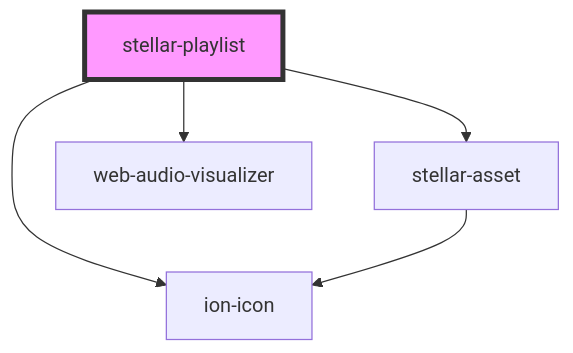
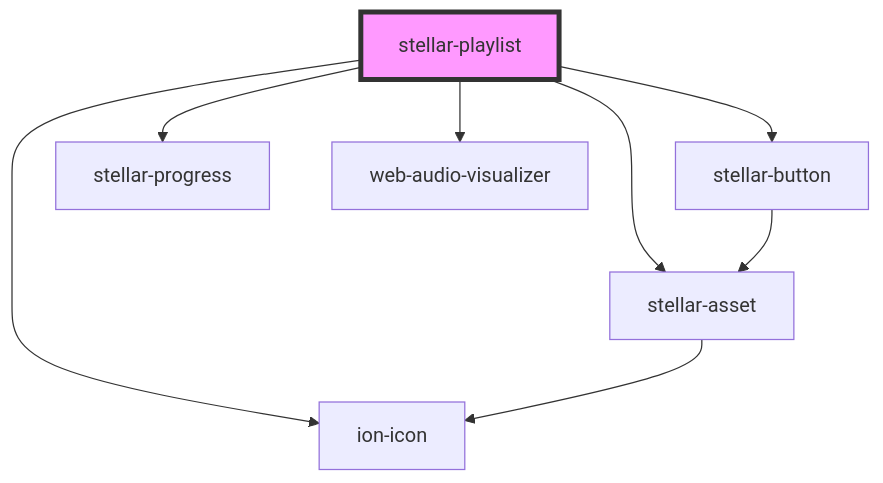
Before and after one commit to splitinfinities/Stellar: the diagram in src/components/media/playlist/readme.md, drawn with Mermaid. The commit also changed other lines of this file and 9 other files, not shown here.

````diff
--- a/src/components/media/playlist/readme.md
+++ b/src/components/media/playlist/readme.md
@@ -83,8 +95,11 @@
 ```mermaid
 graph TD;
   stellar-playlist --> stellar-asset
   stellar-playlist --> ion-icon
+  stellar-playlist --> stellar-button
+  stellar-playlist --> stellar-progress
   stellar-playlist --> web-audio-visualizer
   stellar-asset --> ion-icon
+  stellar-button --> stellar-asset
   style stellar-playlist fill:#f9f,stroke:#333,stroke-width:4px
 ```
````
